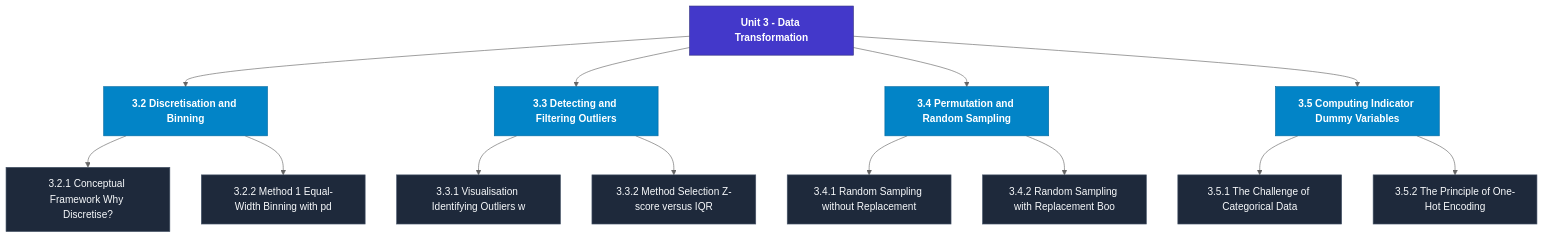
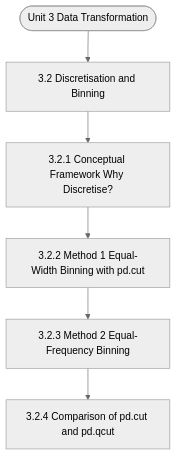
The diagram in notes/Semester_2/MCS-067_Data_Wrangling_and_Visualization/unit_03_Data_Transformation.md (Asutosh-Coaching/mscdsa), drawn with Mermaid (neutral theme) before and after one commit. The commit also changed other lines of this file and 115 other files, not shown here.

Commit message:
Fix Mermaid layout for mobile, isolate LaTeX delimiters, and add GitHub Pages reader

````diff
--- a/notes/Semester_2/MCS-067_Data_Wrangling_and_Visualization/unit_03_Data_Transformation.md
+++ b/notes/Semester_2/MCS-067_Data_Wrangling_and_Visualization/unit_03_Data_Transformation.md
@@ -19,33 +19,14 @@
 ```mermaid
 flowchart TD
-  %% Styling Definitions
-  classDef head fill:#4338ca,stroke:#312e81,color:#ffffff,font-weight:bold;
-  classDef topic fill:#0284c7,stroke:#0369a1,color:#ffffff,font-weight:600;
-  classDef sub fill:#1e293b,stroke:#475569,color:#f8fafc;
-
-  Root["Unit 3 - Data Transformation"]:::head
-  M1["3.2 Discretisation and Binning"]:::topic
-  Root --> M1
-  M1_1["3.2.1 Conceptual Framework Why Discretise?"]:::sub
-  M1 --> M1_1
-  M1_2["3.2.2 Method 1 Equal-Width Binning with pd"]:::sub
-  M1 --> M1_2
-  M2["3.3 Detecting and Filtering Outliers"]:::topic
-  Root --> M2
-  M2_1["3.3.1 Visualisation Identifying Outliers w"]:::sub
-  M2 --> M2_1
-  M2_2["3.3.2 Method Selection Z-score versus IQR"]:::sub
-  M2 --> M2_2
-  M3["3.4 Permutation and Random Sampling"]:::topic
-  Root --> M3
-  M3_1["3.4.1 Random Sampling without Replacement"]:::sub
-  M3 --> M3_1
-  M3_2["3.4.2 Random Sampling with Replacement Boo"]:::sub
-  M3 --> M3_2
-  M4["3.5 Computing Indicator Dummy Variables"]:::topic
-  Root --> M4
-  M4_1["3.5.1 The Challenge of Categorical Data"]:::sub
-  M4 --> M4_1
-  M4_2["3.5.2 The Principle of One-Hot Encoding"]:::sub
-  M4 --> M4_2
+  Start(["Unit 3 Data Transformation"])
+  N1["3.2 Discretisation and Binning"]
+  N2["3.2.1 Conceptual Framework Why Discretise?"]
+  N3["3.2.2 Method 1 Equal-Width Binning with pd.cut"]
+  N4["3.2.3 Method 2 Equal-Frequency Binning"]
+  N5["3.2.4 Comparison of pd.cut and pd.qcut"]
+  Start --> N1
+  N1 --> N2
+  N2 --> N3
+  N3 --> N4
+  N4 --> N5
 ```
````
